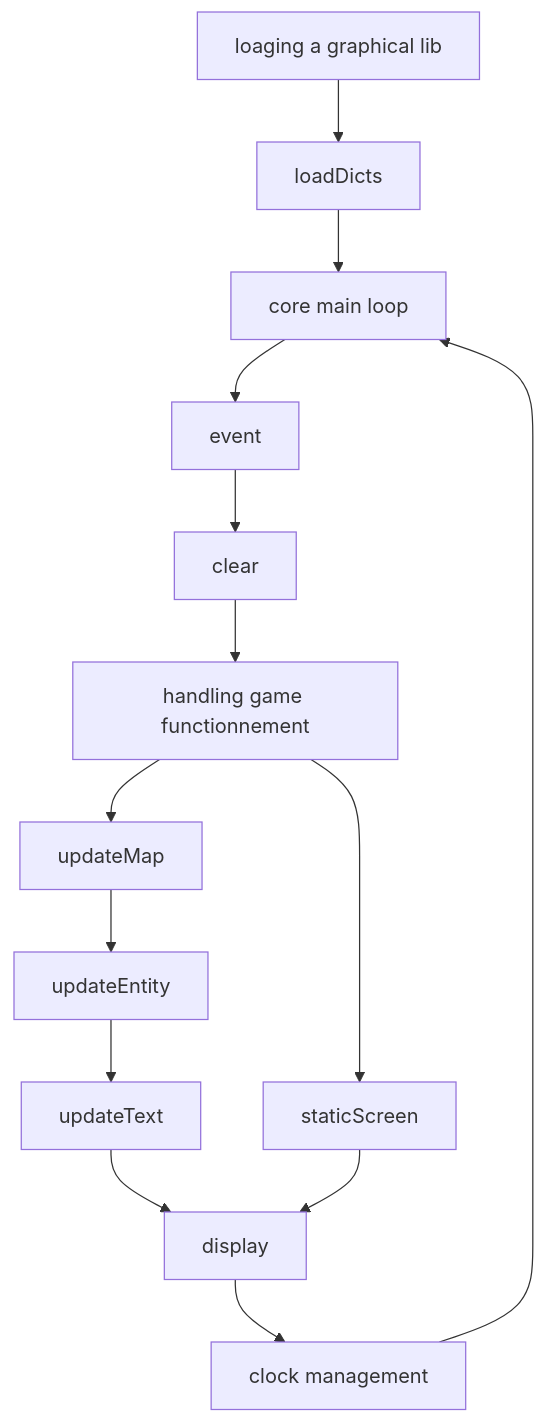
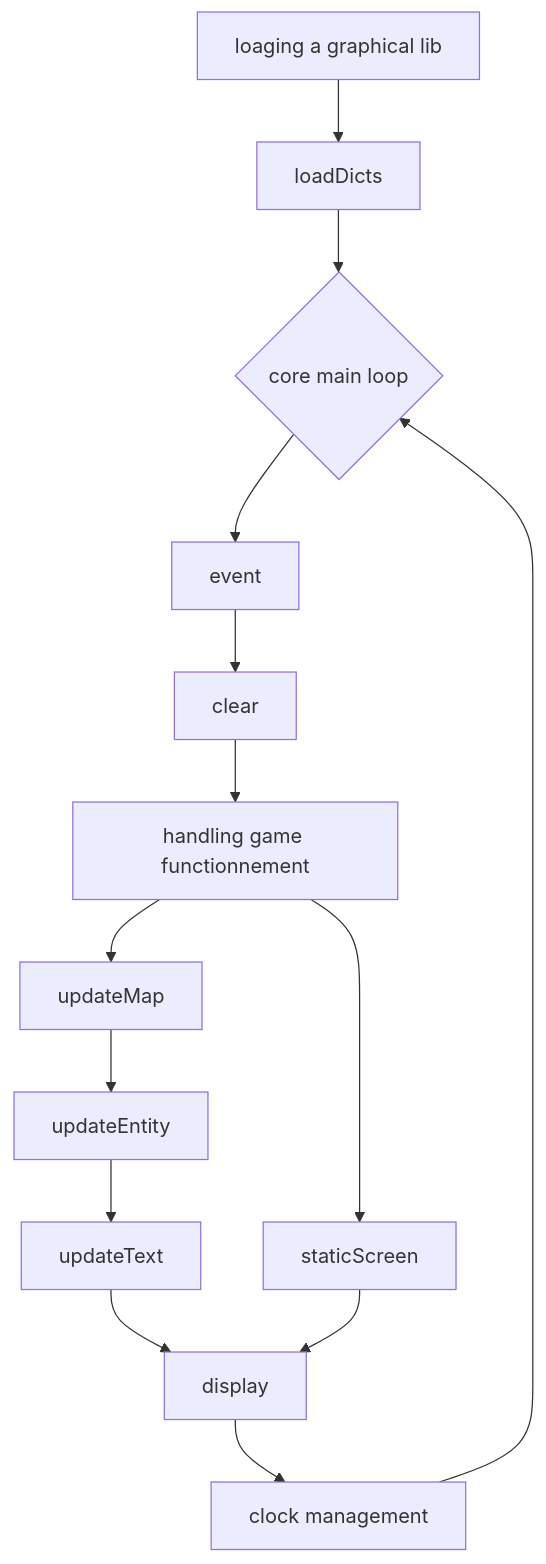
One commit to ASM-Studios/ArcadeInterfaces changed the first of 3 diagrams in ReadMe.md. Above: the diagram before and after it, drawn with Mermaid. The commit also changed other lines of this file, not shown here.

Commit message:
[FIX] schema for general functionnement

````diff
--- a/ReadMe.md
+++ b/ReadMe.md
@@ -299,16 +299,16 @@
 ```mermaid
   graph TD;
     A[loaging a graphical lib] --> B[loadDicts]
-    B --> C[core main loop];
+    B --> C{core main loop};
     C --> D[event];
     D --> E[clear];
     E --> F[handling game functionnement];
     F --> G[updateMap];
     G --> H[updateEntity];
     H --> I[updateText];
     F --> J[staticScreen];
     I --> K[display];
     J --> K;
     K --> L[clock management];
     L --> C;
 ```
````
